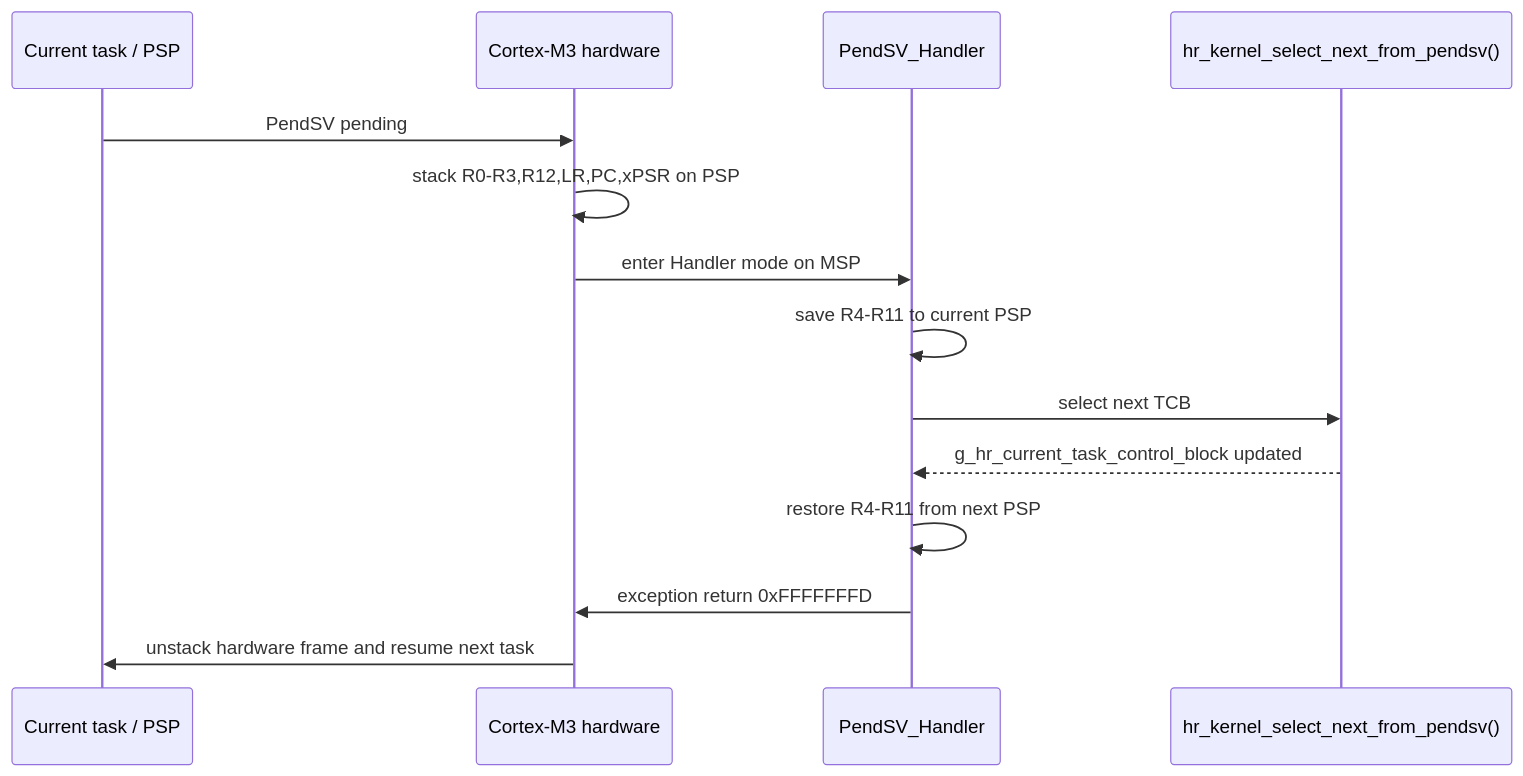
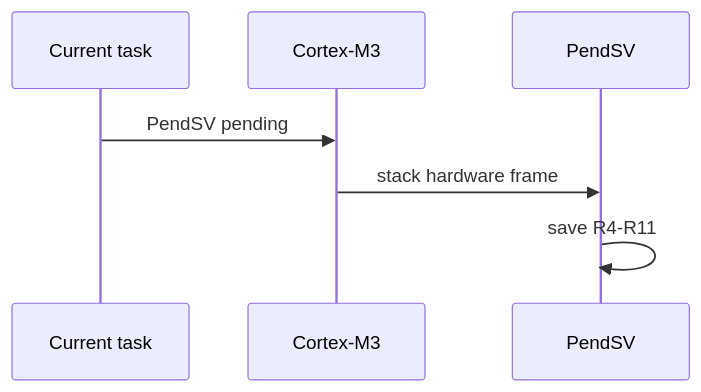
One commit to haikevins/hairtos changed the first of 2 diagrams in docs/01-kernel-core/context-switch.md. Above: the diagram before and after it, drawn with Mermaid. The commit also changed other lines of this file and 82 other files, not shown here.

````diff
--- a/docs/01-kernel-core/context-switch.md
+++ b/docs/01-kernel-core/context-switch.md
@@ -53,16 +54,9 @@
 ```mermaid
 sequenceDiagram
-    participant T as Current task / PSP
-    participant CPU as Cortex-M3 hardware
-    participant P as PendSV_Handler
-    participant K as hr_kernel_select_next_from_pendsv()
+    participant T as Current task
+    participant CPU as Cortex-M3
+    participant P as PendSV
     T->>CPU: PendSV pending
-    CPU->>CPU: stack R0-R3,R12,LR,PC,xPSR on PSP
-    CPU->>P: enter Handler mode on MSP
-    P->>P: save R4-R11 to current PSP
-    P->>K: select next TCB
-    K-->>P: g_hr_current_task_control_block updated
-    P->>P: restore R4-R11 from next PSP
-    P->>CPU: exception return 0xFFFFFFFD
-    CPU->>T: unstack hardware frame and resume next task
+    CPU->>P: stack hardware frame
+    P->>P: save R4-R11
 ```
````
